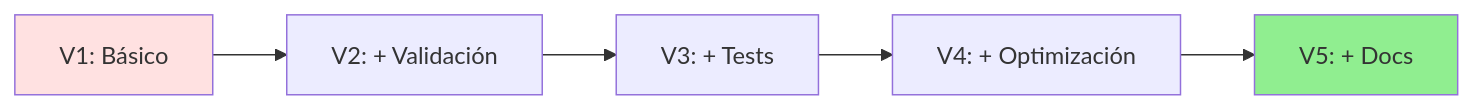
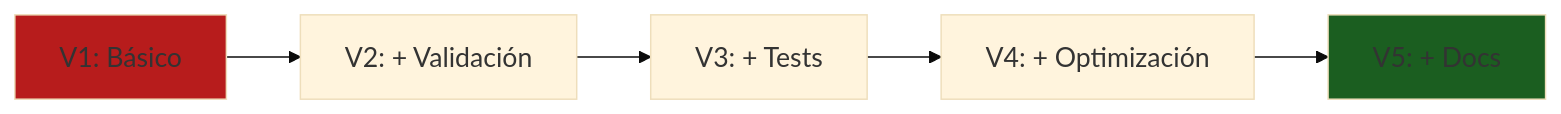
One commit to Ai-Whisperers/Courses-Content changed the fourth of 8 diagrams in courses/🟡-development/FPUNA-2026/00-FUNDAMENTOS-PRINCIPALES/06-patrones-flujo-trabajo.md. Above: the diagram before and after it, drawn with Mermaid. The commit also changed other lines of this file and 47 other files, not shown here.

First line of the commit message:
fix: Make all 473 diagrams WCAG AAA accessible (FPUNA-2026)

````diff
--- a/courses/🟡-development/FPUNA-2026/00-FUNDAMENTOS-PRINCIPALES/06-patrones-flujo-trabajo.md
+++ b/courses/🟡-development/FPUNA-2026/00-FUNDAMENTOS-PRINCIPALES/06-patrones-flujo-trabajo.md
@@ -166,10 +169,11 @@
 ```mermaid
+%%{init: {'theme':'base', 'themeVariables': {'fontSize':'18px'}}}%%
 graph LR
     V1[V1: Básico] --> V2[V2: + Validación]
     V2 --> V3[V3: + Tests]
     V3 --> V4[V4: + Optimización]
     V4 --> V5[V5: + Docs]
     
-    style V1 fill:#FFE1E1
-    style V5 fill:#90EE90
+    style V1 fill:#b71c1c
+    style V5 fill:#1b5e20
 ```
````
